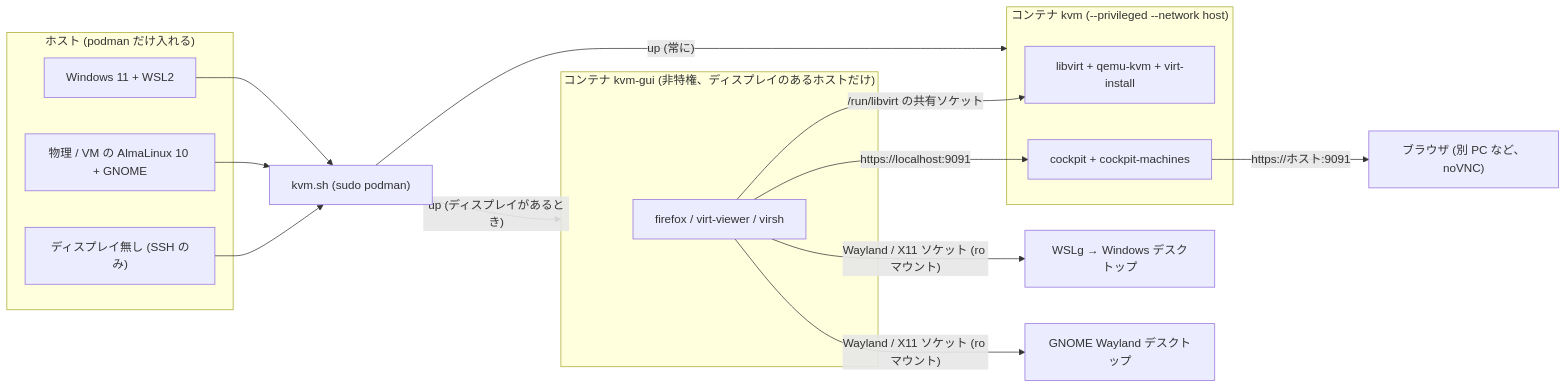
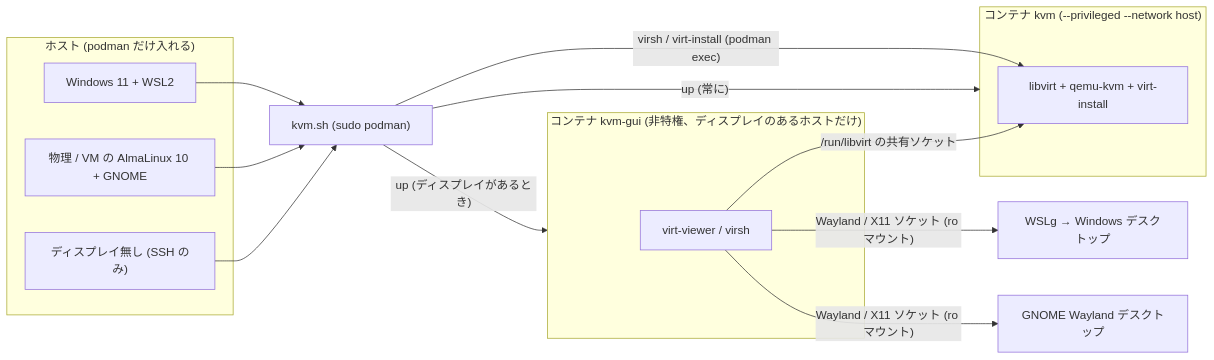
One commit to ryo-aoki-pc/kvm-container changed the first of 22 diagrams in docs/SPEC.md. Above: the diagram before and after it, drawn with Mermaid. The commit also changed other lines of this file and 11 other files, not shown here.

````diff
--- a/docs/SPEC.md
+++ b/docs/SPEC.md
@@ -43,26 +44,24 @@
 ```mermaid
 flowchart LR
   subgraph hosts ["ホスト (podman だけ入れる)"]
     wsl["Windows 11 + WSL2"]
     gnome["物理 / VM の AlmaLinux 10 + GNOME"]
     headless["ディスプレイ無し (SSH のみ)"]
   end
   sh["kvm.sh (sudo podman)"]
   subgraph kvm ["コンテナ kvm (--privileged --network host)"]
     qemu["libvirt + qemu-kvm + virt-install"]
-    cockpit["cockpit + cockpit-machines"]
   end
   subgraph gui ["コンテナ kvm-gui (非特権、ディスプレイのあるホストだけ)"]
-    apps["firefox / virt-viewer / virsh"]
+    apps["virt-viewer / virsh"]
   end
   wsl --> sh
   gnome --> sh
   headless --> sh
   sh -->|"up (常に)"| kvm
+  sh -->|"virsh / virt-install (podman exec)"| qemu
   sh -->|"up (ディスプレイがあるとき)"| gui
   apps -->|"/run/libvirt の共有ソケット"| qemu
-  apps -->|"https://localhost:9091"| cockpit
   apps -->|"Wayland / X11 ソケット (ro マウント)"| wslg["WSLg → Windows デスクトップ"]
   apps -->|"Wayland / X11 ソケット (ro マウント)"| gd["GNOME Wayland デスクトップ"]
-  cockpit -->|"https://ホスト:9091"| browser["ブラウザ (別 PC など、noVNC)"]
 ```
````
